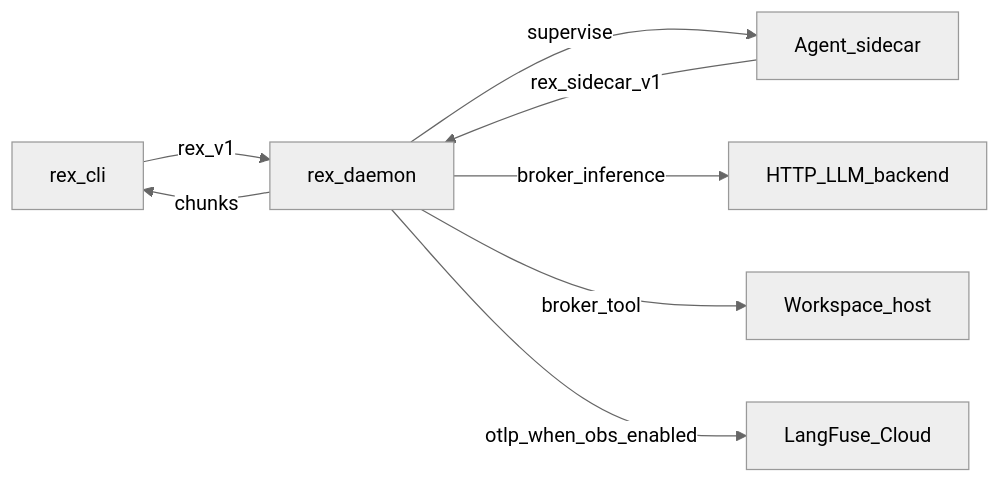
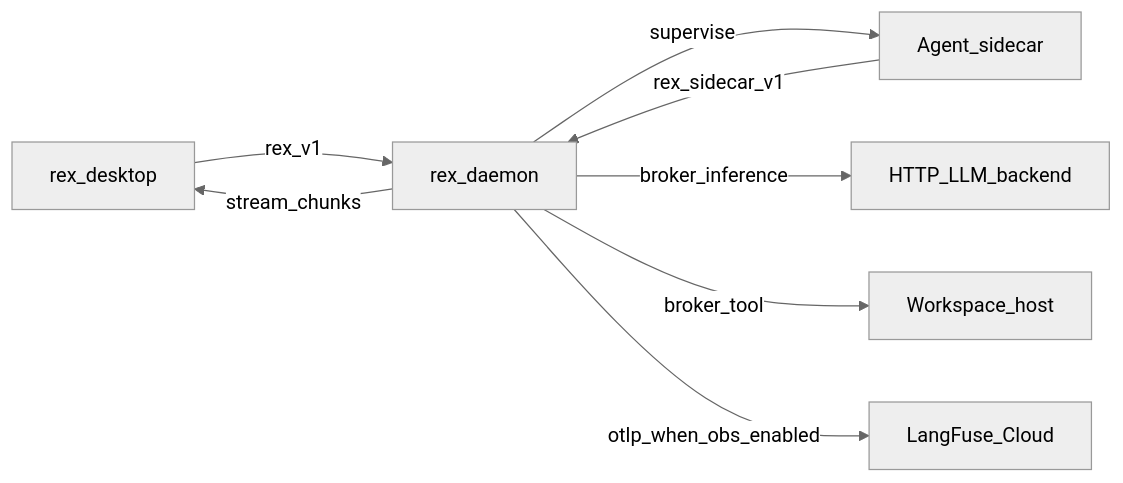
The diagram in docs/MVP_SPEC.md (thsfranca/rex), drawn with Mermaid (neutral theme) before and after one commit. The commit also changed other lines of this file and 8 other files, not shown here.

````diff
--- a/docs/MVP_SPEC.md
+++ b/docs/MVP_SPEC.md
@@ -34,16 +34,16 @@
 ```mermaid
 flowchart LR
- CLI[rex_cli]
+ Desktop[rex_desktop]
  Daemon[rex_daemon]
  Sidecar[Agent_sidecar]
  LLM[HTTP_LLM_backend]
  Host[Workspace_host]
  LangFuse[LangFuse_Cloud]
- CLI -->|rex_v1| Daemon
+ Desktop -->|rex_v1| Daemon
  Daemon -->|supervise| Sidecar
  Sidecar -->|rex_sidecar_v1| Daemon
  Daemon -->|broker_inference| LLM
  Daemon -->|broker_tool| Host
- Daemon -->|chunks| CLI
+ Daemon -->|stream_chunks| Desktop
  Daemon -->|otlp_when_obs_enabled| LangFuse
 ```
````
